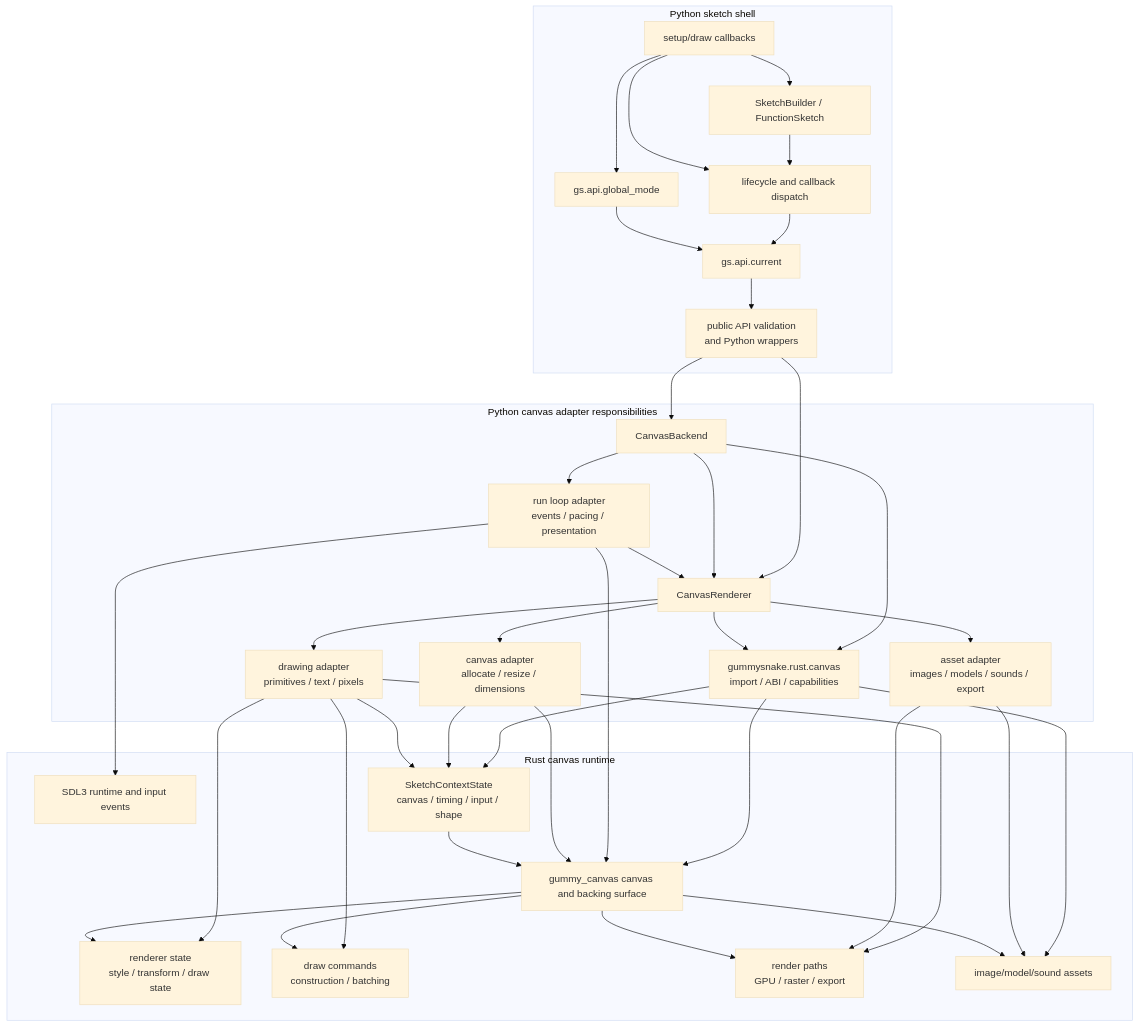
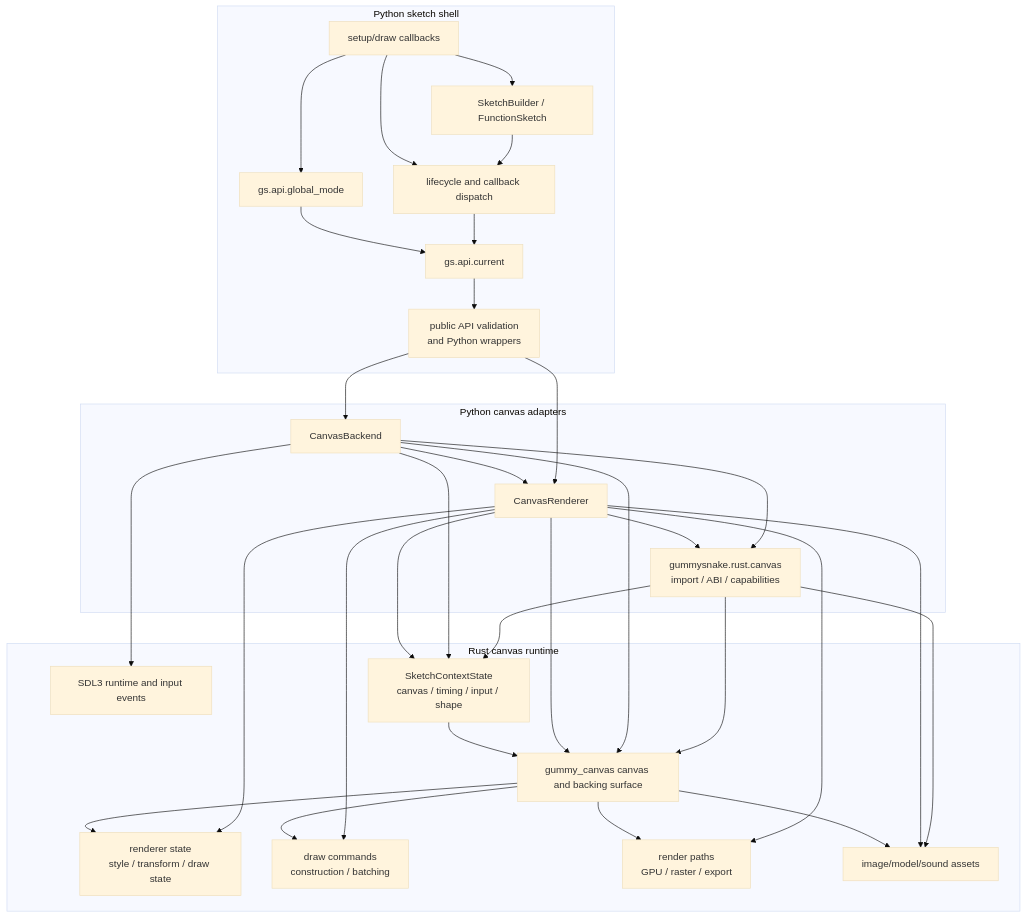
Before and after one commit to JonathanHHenson/gummy_snake: the first of 4 diagrams in docs/contribute/architecture.md, drawn with Mermaid (base theme). The commit also changed other lines of this file and 1 other file, not shown here.

Commit message:
Clarify backend and renderer ownership in docs

````diff
--- a/docs/contribute/architecture.md
+++ b/docs/contribute/architecture.md
@@ -5,67 +5,57 @@
 ```mermaid
 flowchart TD
     subgraph Python["Python sketch shell"]
         User[setup/draw callbacks]
         Builder[SketchBuilder / FunctionSketch]
         Global[gs.api.global_mode]
         Current[gs.api.current]
         Lifecycle[lifecycle and callback dispatch]
         ApiFacade[public API validation<br/>and Python wrappers]
     end
 
-    subgraph Adapter["Python canvas adapter responsibilities"]
+    subgraph Adapter["Python canvas adapters"]
         Backend[CanvasBackend]
         Renderer[CanvasRenderer]
         BridgeImport[gummysnake.rust.canvas<br/>import / ABI / capabilities]
-        RuntimeAdapter[run loop adapter<br/>events / pacing / presentation]
-        CanvasAdapter[canvas adapter<br/>allocate / resize / dimensions]
-        DrawAdapter[drawing adapter<br/>primitives / text / pixels]
-        AssetAdapter[asset adapter<br/>images / models / sounds / export]
     end
 
     subgraph Rust["Rust canvas runtime"]
         Native[SDL3 runtime and input events]
         ContextState[SketchContextState<br/>canvas / timing / input / shape]
         Canvas[gummy_canvas canvas and backing surface]
         State[renderer state<br/>style / transform / draw state]
         Commands[draw commands<br/>construction / batching]
         Rendering[render paths<br/>GPU / raster / export]
         Assets[image/model/sound assets]
     end
 
     User --> Builder
     Builder --> Lifecycle
     User --> Lifecycle
     Lifecycle --> Current
     User --> Global
     Global --> Current
     Current --> ApiFacade
     ApiFacade --> Backend
     ApiFacade --> Renderer
     Backend --> Renderer
     Backend --> BridgeImport
     Renderer --> BridgeImport
-    Backend --> RuntimeAdapter
-    RuntimeAdapter --> Renderer
-    Renderer --> CanvasAdapter
-    Renderer --> DrawAdapter
-    Renderer --> AssetAdapter
     BridgeImport --> ContextState
     BridgeImport --> Canvas
     BridgeImport --> Assets
-    RuntimeAdapter --> Native
-    RuntimeAdapter --> Canvas
-    CanvasAdapter --> ContextState
-    CanvasAdapter --> Canvas
-    DrawAdapter --> ContextState
-    DrawAdapter --> State
-    DrawAdapter --> Commands
-    DrawAdapter --> Rendering
-    AssetAdapter --> Assets
-    AssetAdapter --> Rendering
+    Backend --> Native
+    Backend --> ContextState
+    Backend --> Canvas
+    Renderer --> ContextState
+    Renderer --> Canvas
+    Renderer --> State
+    Renderer --> Commands
+    Renderer --> Rendering
+    Renderer --> Assets
     ContextState --> Canvas
     Canvas --> State
     Canvas --> Commands
     Canvas --> Rendering
     Canvas --> Assets
 ```
````
